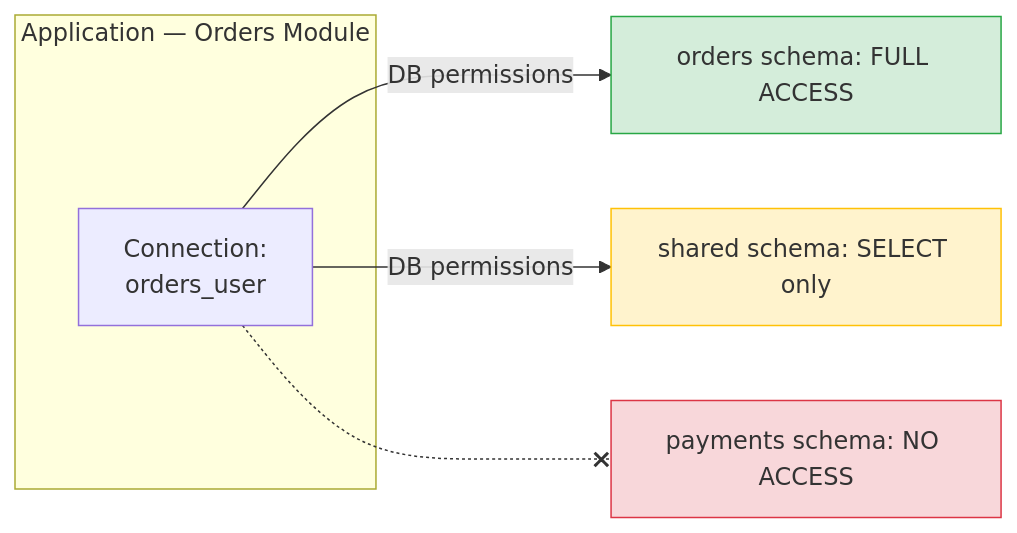
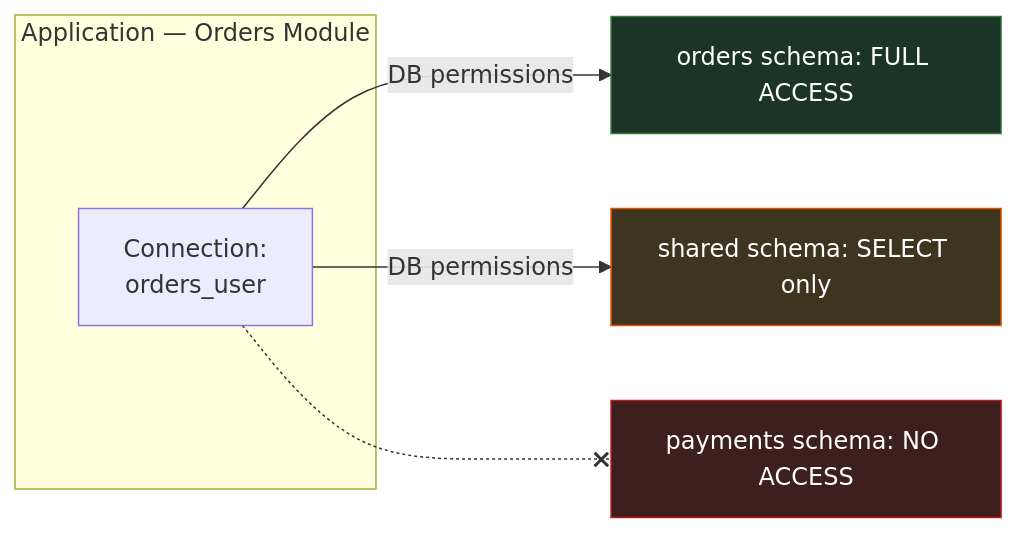
The third of 8 diagrams in docs/features/module-isolation.md (dlrivada/Encina), drawn with Mermaid before and after one commit. The commit also changed other lines of this file and 6 other files, not shown here.

First line of the commit message:
docs: replace hardcoded light-mode Mermaid colors with dark equivalents

````diff
--- a/docs/features/module-isolation.md
+++ b/docs/features/module-isolation.md
@@ -112,13 +112,13 @@
 ```mermaid
 flowchart LR
     subgraph App["Application — Orders Module"]
         C["Connection:<br/>orders_user"]
     end
     C -->|"DB permissions"| P1["orders schema: FULL ACCESS"]
     C -->|"DB permissions"| P2["shared schema: SELECT only"]
     C -.-x P3["payments schema: NO ACCESS"]
 
-    style P1 fill:#d4edda,stroke:#28a745
-    style P2 fill:#fff3cd,stroke:#ffc107
-    style P3 fill:#f8d7da,stroke:#dc3545
+    style P1 fill:#1c3328,stroke:#2e7d32,color:#fff
+    style P2 fill:#3d3520,stroke:#e65100,color:#fff
+    style P3 fill:#3d1f1f,stroke:#b71c1c,color:#fff
 ```
````
